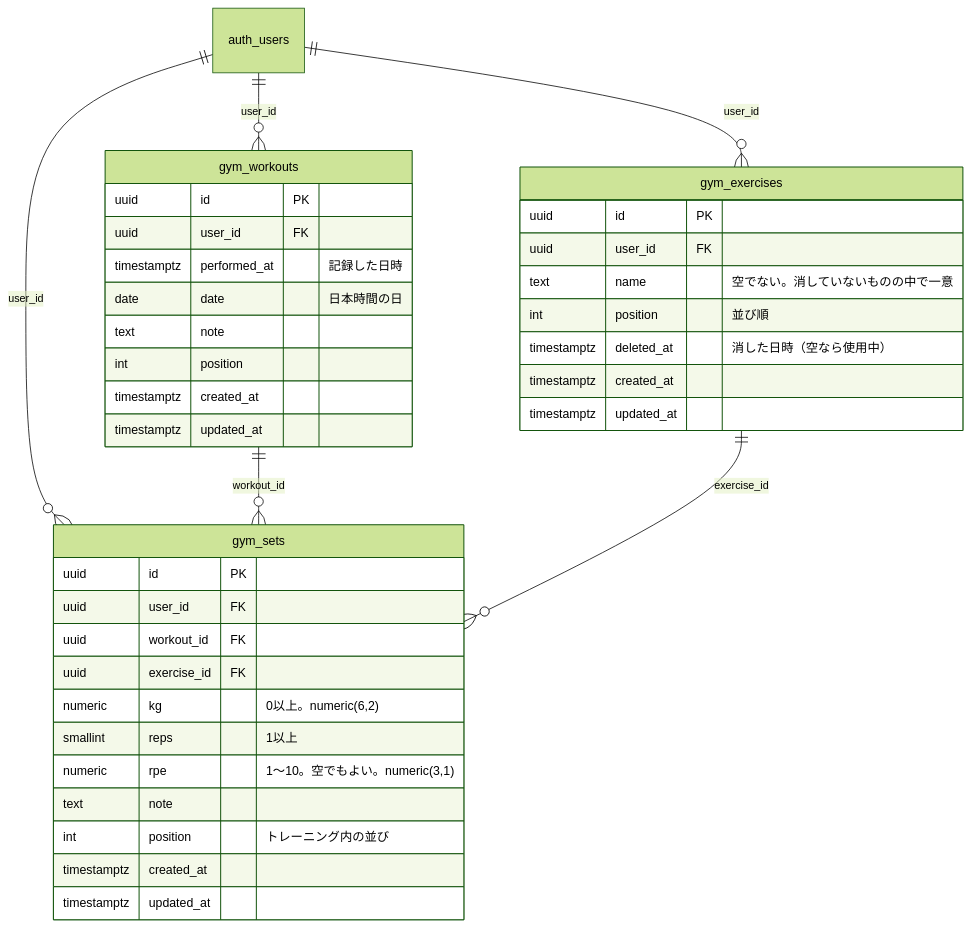
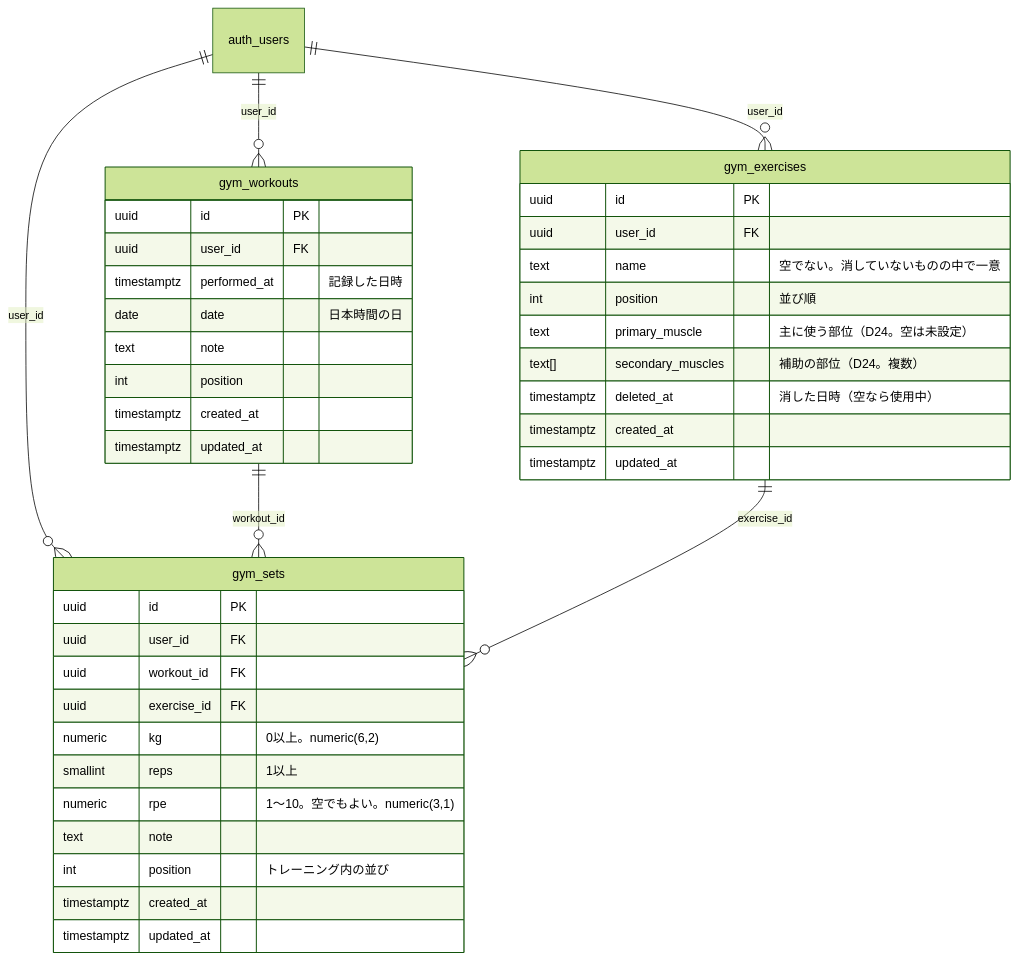
Before and after one commit to Keitaro0510/gymapp: the diagram in docs/DB.md, drawn with Mermaid (forest theme). The commit also changed other lines of this file and 11 other files, not shown here.

````diff
--- a/docs/DB.md
+++ b/docs/DB.md
@@ -11,41 +11,43 @@
 ```mermaid
 erDiagram
   auth_users ||--o{ gym_exercises : "user_id"
   auth_users ||--o{ gym_workouts : "user_id"
   auth_users ||--o{ gym_sets : "user_id"
   gym_workouts ||--o{ gym_sets : "workout_id"
   gym_exercises ||--o{ gym_sets : "exercise_id"
 
   gym_exercises {
     uuid id PK
     uuid user_id FK
     text name "空でない。消していないものの中で一意"
     int position "並び順"
+    text primary_muscle "主に使う部位（D24。空は未設定）"
+    text[] secondary_muscles "補助の部位（D24。複数）"
     timestamptz deleted_at "消した日時（空なら使用中）"
     timestamptz created_at
     timestamptz updated_at
   }
   gym_workouts {
     uuid id PK
     uuid user_id FK
     timestamptz performed_at "記録した日時"
     date date "日本時間の日"
     text note
     int position
     timestamptz created_at
     timestamptz updated_at
   }
   gym_sets {
     uuid id PK
     uuid user_id FK
     uuid workout_id FK
     uuid exercise_id FK
     numeric kg "0以上。numeric(6,2)"
     smallint reps "1以上"
     numeric rpe "1〜10。空でもよい。numeric(3,1)"
     text note
     int position "トレーニング内の並び"
     timestamptz created_at
     timestamptz updated_at
   }
 ```
````
